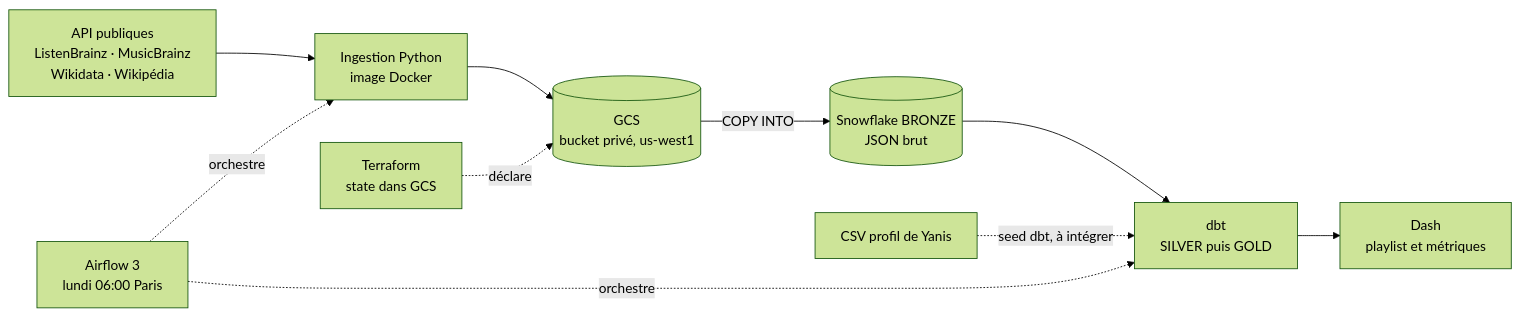
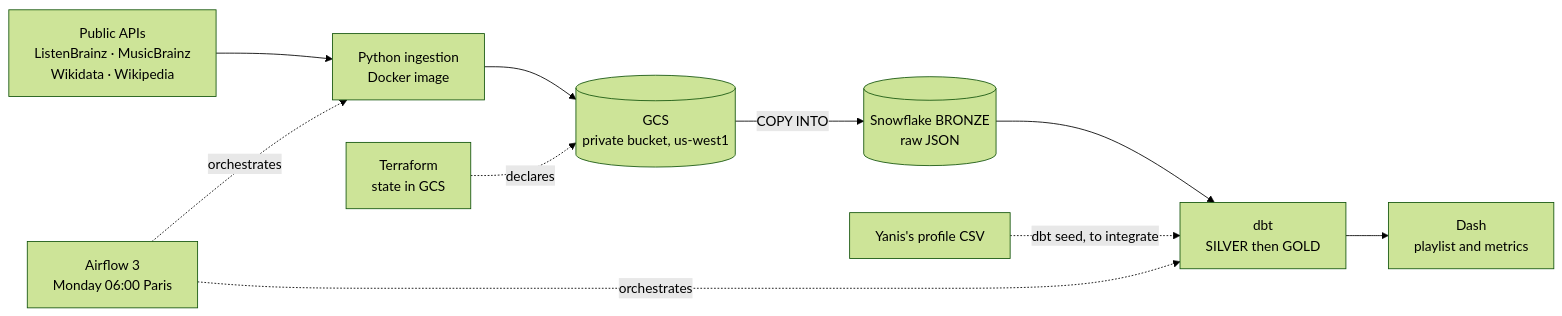
One commit to Elimane29/vayba-data-platform changed the diagram in README.md. Above: the diagram before and after it, drawn with Mermaid (forest theme). The commit also changed other lines of this file, not shown here.

````diff
--- a/README.md
+++ b/README.md
@@ -19,12 +19,12 @@
 ```mermaid
 flowchart LR
-    A[API publiques<br/>ListenBrainz · MusicBrainz<br/>Wikidata · Wikipédia] --> B[Ingestion Python<br/>image Docker]
-    B --> C[(GCS<br/>bucket privé, us-west1)]
-    C -->|COPY INTO| D[(Snowflake BRONZE<br/>JSON brut)]
-    D --> E[dbt<br/>SILVER puis GOLD]
-    F[CSV profil de Yanis] -.->|seed dbt, à intégrer| E
-    E --> G[Dash<br/>playlist et métriques]
-    H[Airflow 3<br/>lundi 06:00 Paris] -. orchestre .-> B
-    H -. orchestre .-> E
-    T[Terraform<br/>state dans GCS] -. déclare .-> C
+    A[Public APIs<br/>ListenBrainz · MusicBrainz<br/>Wikidata · Wikipedia] --> B[Python ingestion<br/>Docker image]
+    B --> C[(GCS<br/>private bucket, us-west1)]
+    C -->|COPY INTO| D[(Snowflake BRONZE<br/>raw JSON)]
+    D --> E[dbt<br/>SILVER then GOLD]
+    F[Yanis's profile CSV] -.->|dbt seed, to integrate| E
+    E --> G[Dash<br/>playlist and metrics]
+    H[Airflow 3<br/>Monday 06:00 Paris] -. orchestrates .-> B
+    H -. orchestrates .-> E
+    T[Terraform<br/>state in GCS] -. declares .-> C
 ```
````
